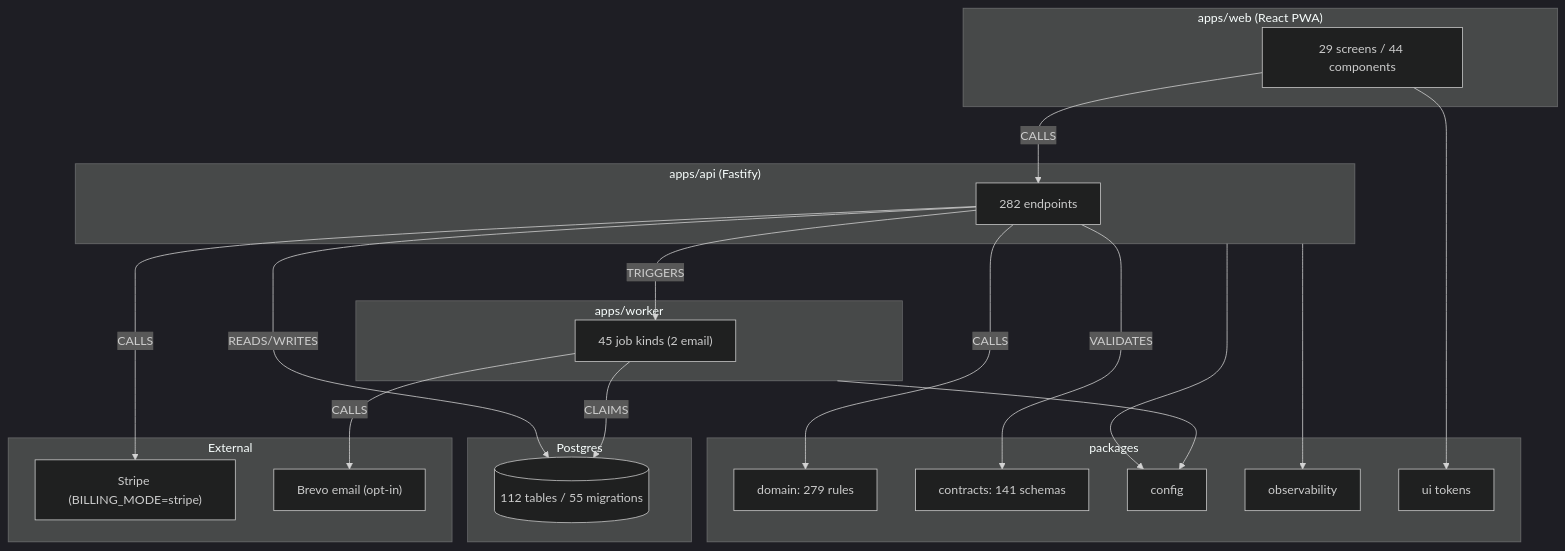
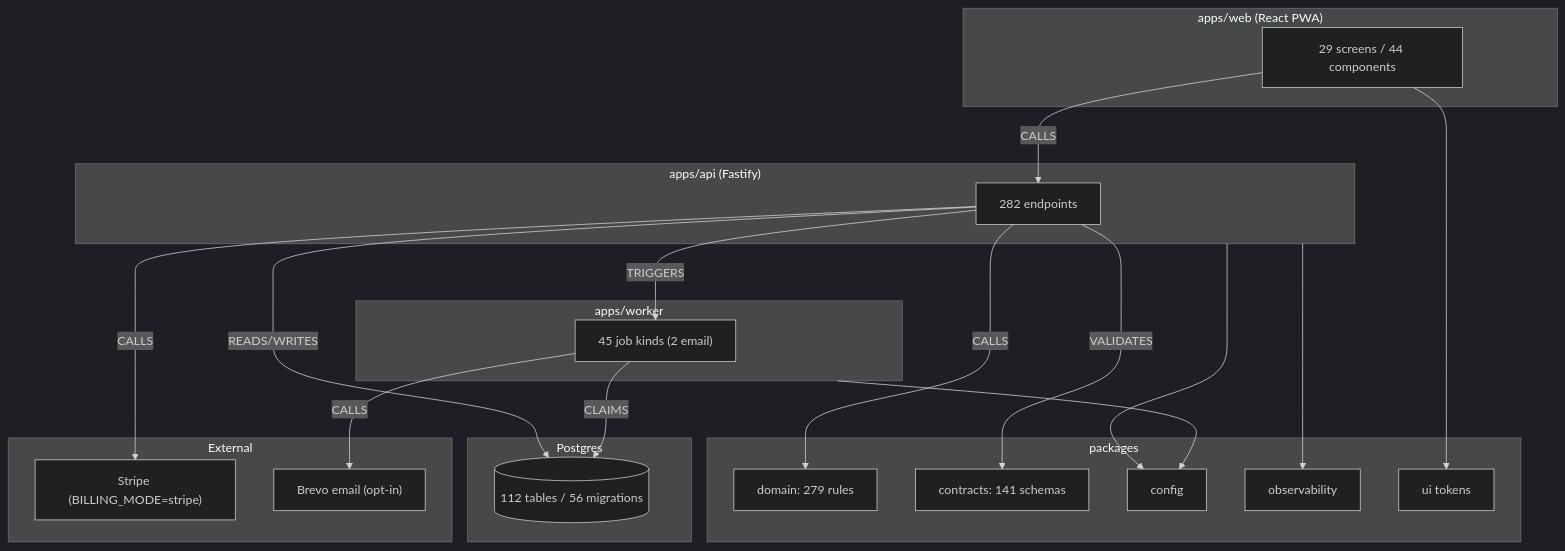
Before and after one commit to yhsomani/talentsphere-complete: the diagram in project-mindmap/architecture/SYSTEM_DEPENDENCY_GRAPH.md, drawn with Mermaid (dark theme). The commit also changed 44 other files, not shown here.

First line of the commit message:
docs: dedup scan, doc-to-code sync and mind map refresh

````diff
--- a/project-mindmap/architecture/SYSTEM_DEPENDENCY_GRAPH.md
+++ b/project-mindmap/architecture/SYSTEM_DEPENDENCY_GRAPH.md
@@ -5,38 +5,38 @@
 ```mermaid
 flowchart TB
   subgraph WEB["apps/web (React PWA)"]
     SCRN["29 screens / 44 components"]
   end
   subgraph API["apps/api (Fastify)"]
     RT["282 endpoints"]
   end
   subgraph WRK["apps/worker"]
     JB["45 job kinds (2 email)"]
   end
   subgraph PKG["packages"]
     DOM["domain: 279 rules"]
     CON["contracts: 141 schemas"]
     CFG["config"]
     OBS["observability"]
     UI["ui tokens"]
   end
   subgraph DATA["Postgres"]
-    TBL[("112 tables / 55 migrations")]
+    TBL[("112 tables / 56 migrations")]
   end
   subgraph EXTS["External"]
     STR["Stripe (BILLING_MODE=stripe)"]
     BRV["Brevo email (opt-in)"]
   end
   SCRN -->|CALLS| RT
   RT -->|CALLS| DOM
   RT -->|VALIDATES| CON
   RT -->|READS/WRITES| TBL
   RT -->|TRIGGERS| JB
   JB -->|CLAIMS| TBL
   JB -->|CALLS| BRV
   RT -->|CALLS| STR
   API --> CFG
   WRK --> CFG
   API --> OBS
   SCRN --> UI
 ```
````
